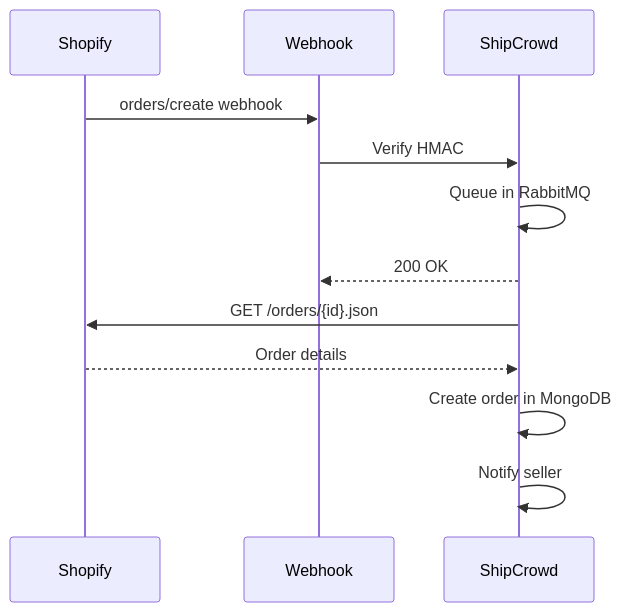
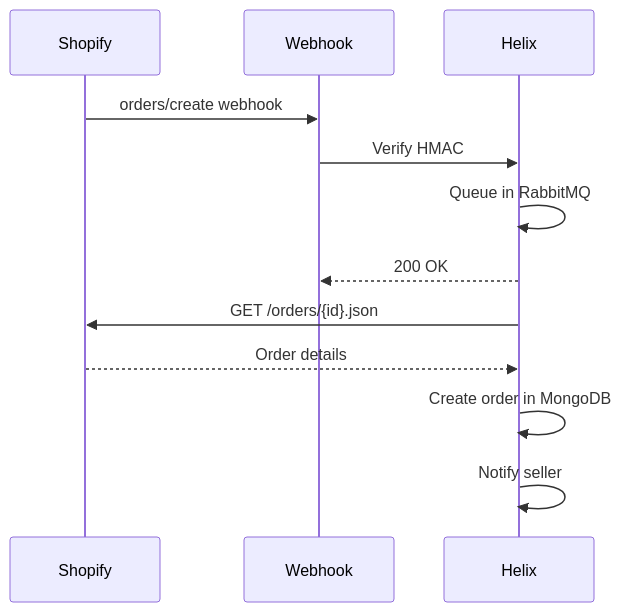
One commit to dhirajgiri3/Shipcrowd changed the second of 3 diagrams in docs/Development/Domains/Integrations/Ecommerce/Shopify_APIs.md. Above: the diagram before and after it, drawn with Mermaid. The commit also changed other lines of this file and 279 other files, not shown here.

````diff
--- a/docs/Development/Domains/Integrations/Ecommerce/Shopify_APIs.md
+++ b/docs/Development/Domains/Integrations/Ecommerce/Shopify_APIs.md
@@ -1643,15 +1643,15 @@
 ```mermaid
 sequenceDiagram
     participant S as Shopify
     participant W as Webhook
-    participant SC as ShipCrowd
+    participant SC as Helix
     
     S->>W: orders/create webhook
     W->>SC: Verify HMAC
     SC->>SC: Queue in RabbitMQ
     SC-->>W: 200 OK
     SC->>S: GET /orders/{id}.json
     S-->>SC: Order details
     SC->>SC: Create order in MongoDB
     SC->>SC: Notify seller
 ```
````
